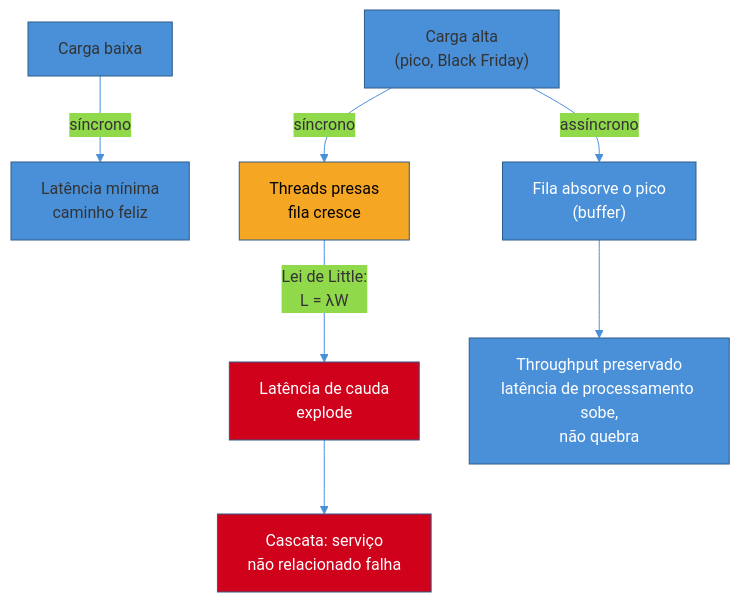
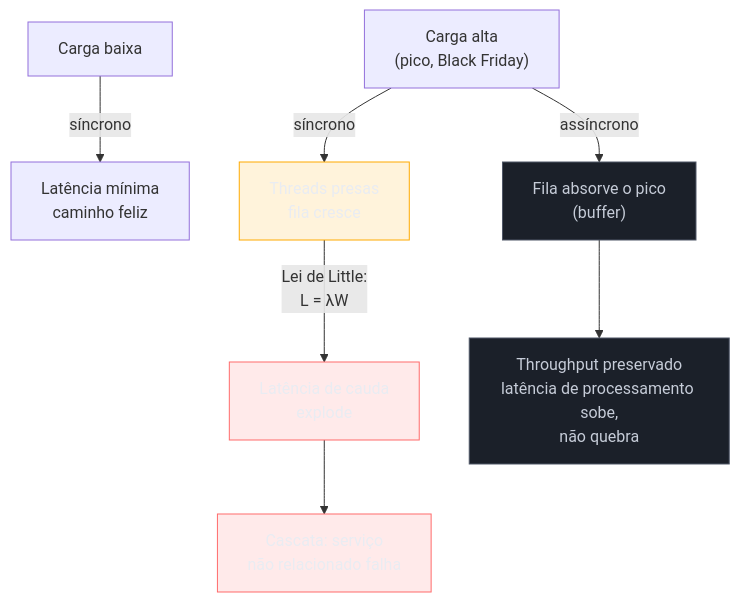
Before and after one commit to josenaldo/codex-technomanticus: the first of 2 diagrams in 03-Dominios/Engenharia/Comunicação entre Sistemas/4 - Comunicação assíncrona/01 - Síncrono vs assíncrono — quando desacoplar.md, drawn with Mermaid. The commit also changed other lines of this file and 1181 other files, not shown here.

First line of the commit message:
fix(diagramas): paleta do sistema no lugar de cor cravada no markdown

````diff
--- a/03-Dominios/Engenharia/Comunicação entre Sistemas/4 - Comunicação assíncrona/01 - Síncrono vs assíncrono — quando desacoplar.md
+++ b/03-Dominios/Engenharia/Comunicação entre Sistemas/4 - Comunicação assíncrona/01 - Síncrono vs assíncrono — quando desacoplar.md
@@ -39,16 +39,18 @@
 ```mermaid
-%%{init: {"theme": "base", "themeVariables": {"primaryColor": "#4A90D9", "primaryBorderColor": "#2E5C8A", "lineColor": "#4A90D9"}}}%%
 graph TD
+    classDef destaque fill:#FFAA0024,stroke:#FFAA00,color:#E9ECF2
+    classDef falha fill:#FF6B6B24,stroke:#FF6B6B,color:#E9ECF2
+    classDef neutro fill:#1B2029,stroke:#4E5666,color:#C6CCD8
     A["Carga baixa"] -->|"síncrono"| B["Latência mínima<br/>caminho feliz"]
     C["Carga alta<br/>(pico, Black Friday)"] -->|"síncrono"| D["Threads presas<br/>fila cresce"]
     D -->|"Lei de Little:<br/>L = λW"| E["Latência de cauda<br/>explode"]
     E --> F["Cascata: serviço<br/>não relacionado falha"]
     C -->|"assíncrono"| G["Fila absorve o pico<br/>(buffer)"]
     G --> H["Throughput preservado<br/>latência de processamento sobe,<br/>não quebra"]
 
-    style D fill:#F5A623,color:#000
-    style E fill:#D0021B,color:#fff
-    style F fill:#D0021B,color:#fff
-    style G fill:#4A90D9,color:#fff
-    style H fill:#4A90D9,color:#fff
+    class D destaque
+    class E falha
+    class F falha
+    class G neutro
+    class H neutro
 ```
````
